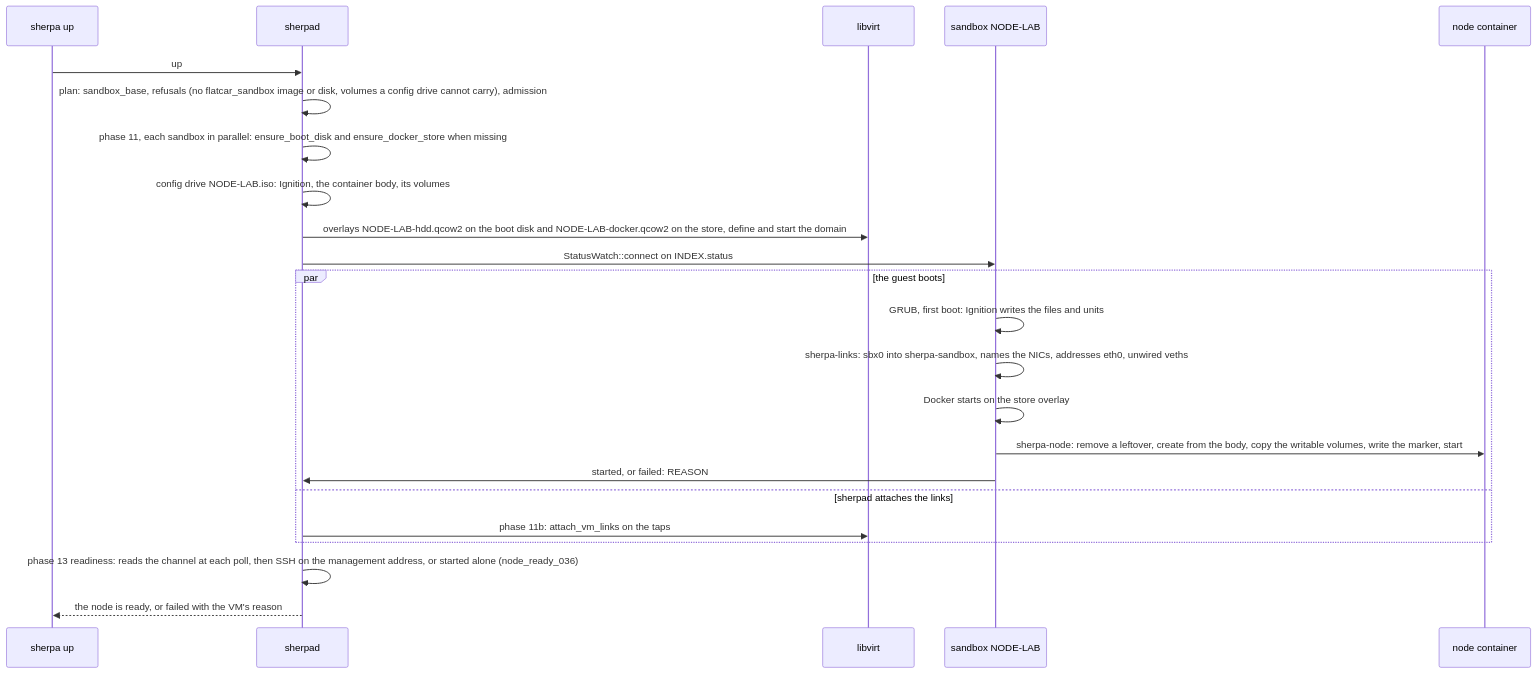
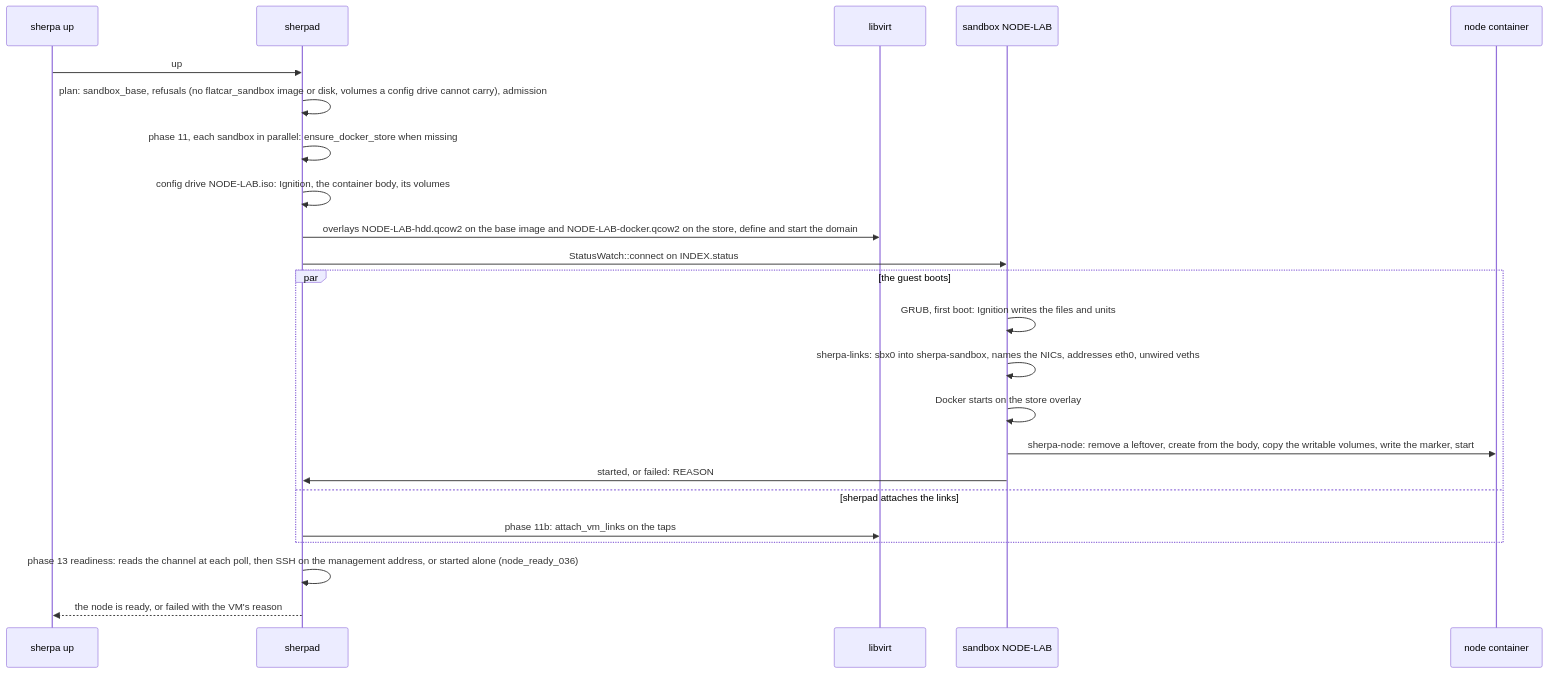
Before and after one commit to bwks/sherpa: the fourth of 5 diagrams in docs/architecture/SANDBOX.md, drawn with Mermaid. The commit also changed other lines of this file and 2 other files, not shown here.

First line of the commit message:
docs(sandbox): no boot disk, Docker stores in the images folder (#683)

````diff
--- a/docs/architecture/SANDBOX.md
+++ b/docs/architecture/SANDBOX.md
@@ -444,25 +409,25 @@
 ```mermaid
 sequenceDiagram
   participant U as sherpa up
   participant S as sherpad
   participant L as libvirt
   participant V as sandbox NODE-LAB
   participant C as node container
   U->>S: up
   S->>S: plan: sandbox_base, refusals (no flatcar_sandbox image or disk, volumes a config drive cannot carry), admission
-  S->>S: phase 11, each sandbox in parallel: ensure_boot_disk and ensure_docker_store when missing
+  S->>S: phase 11, each sandbox in parallel: ensure_docker_store when missing
   S->>S: config drive NODE-LAB.iso: Ignition, the container body, its volumes
-  S->>L: overlays NODE-LAB-hdd.qcow2 on the boot disk and NODE-LAB-docker.qcow2 on the store, define and start the domain
+  S->>L: overlays NODE-LAB-hdd.qcow2 on the base image and NODE-LAB-docker.qcow2 on the store, define and start the domain
   S->>V: StatusWatch::connect on INDEX.status
   par the guest boots
     V->>V: GRUB, first boot: Ignition writes the files and units
     V->>V: sherpa-links: sbx0 into sherpa-sandbox, names the NICs, addresses eth0, unwired veths
     V->>V: Docker starts on the store overlay
     V->>C: sherpa-node: remove a leftover, create from the body, copy the writable volumes, write the marker, start
     V->>S: started, or failed: REASON
   and sherpad attaches the links
     S->>L: phase 11b: attach_vm_links on the taps
   end
   S->>S: phase 13 readiness: reads the channel at each poll, then SSH on the management address, or started alone (node_ready_036)
   S-->>U: the node is ready, or failed with the VM's reason
 ```
````
